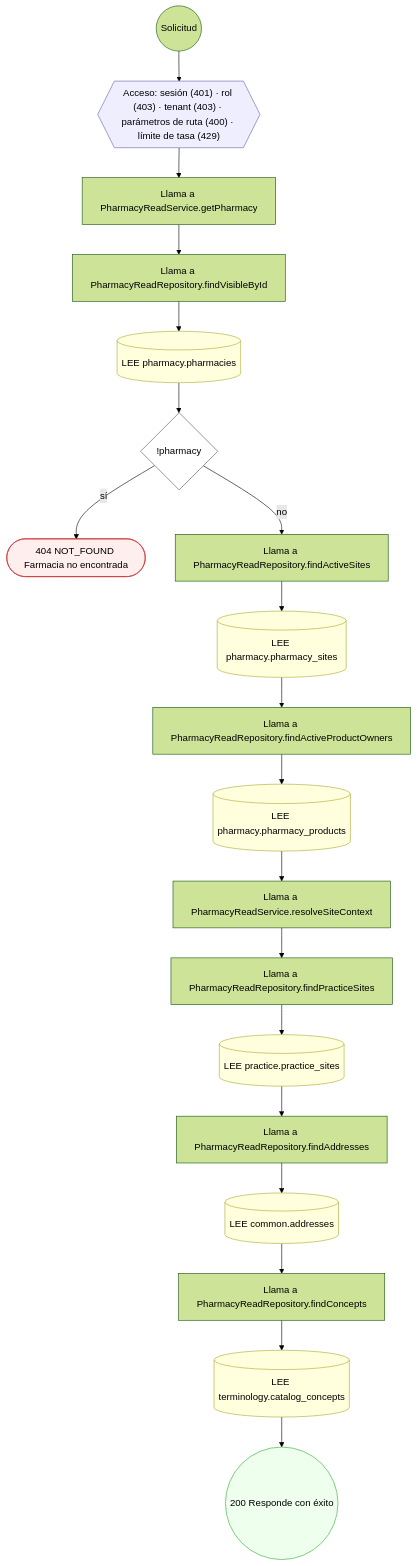
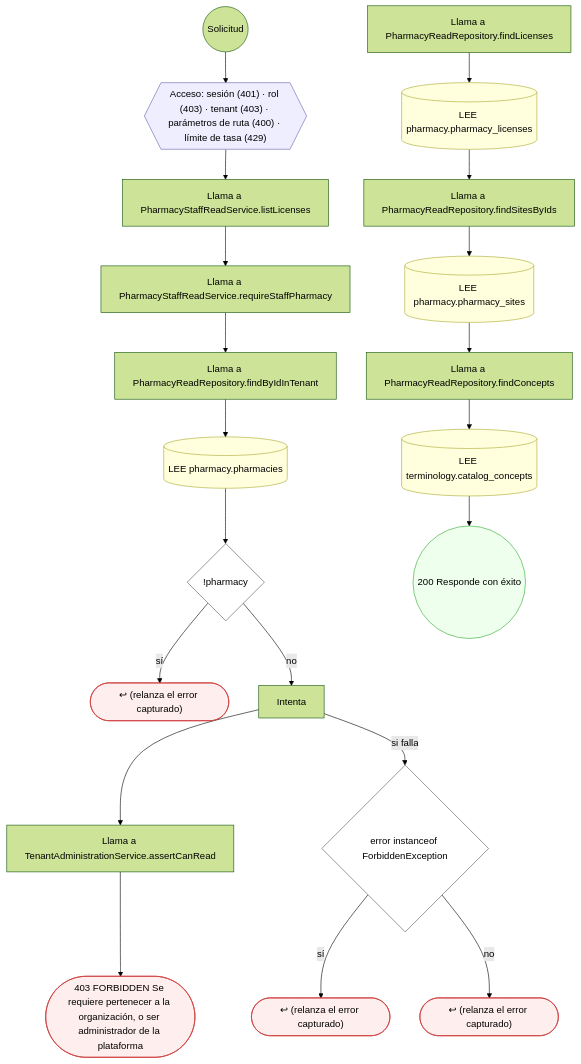
One commit to mdavila-2001/mantra-core-health-api changed diagram 18 of 21 in docs/inventario/flujos/pharmacy.md. Above: the diagram before and after it, drawn with Mermaid (forest theme). The commit also changed other lines of this file and 451 other files, not shown here.

First line of the commit message:
chore(data_catalog): contrato OpenAPI, inventario y pruebas al día con el diseño del #660

````diff
--- a/docs/inventario/flujos/pharmacy.md
+++ b/docs/inventario/flujos/pharmacy.md
@@ -912,46 +1340,49 @@
 ```mermaid
 flowchart TD
   n1(("Solicitud")):::inicio
   n2{{"Acceso: sesión (401) · rol (403) · tenant (403) · parámetros de ruta (400) · límite de tasa (429)"}}:::acceso
   n1 --> n2
-  n3["Llama a PharmacyReadService.getPharmacy"]:::llamada
+  n3["Llama a PharmacyStaffReadService.listLicenses"]:::llamada
   n2 --> n3
-  n4["Llama a PharmacyReadRepository.findVisibleById"]:::llamada
+  n4["Llama a PharmacyStaffReadService.requireStaffPharmacy"]:::llamada
   n3 --> n4
-  n5[("LEE pharmacy.pharmacies")]:::efecto
+  n5["Llama a PharmacyReadRepository.findByIdInTenant"]:::llamada
   n4 --> n5
-  n6{"!pharmacy"}:::decision
+  n6[("LEE pharmacy.pharmacies")]:::efecto
   n5 --> n6
-  n7(["404 NOT_FOUND Farmacia no encontrada"]):::error
-  n6 -->|"sí"| n7
-  n8["Llama a PharmacyReadRepository.findActiveSites"]:::llamada
-  n6 -->|"no"| n8
-  n9[("LEE pharmacy.pharmacy_sites")]:::efecto
-  n8 --> n9
-  n10["Llama a PharmacyReadRepository.findActiveProductOwners"]:::llamada
+  n7{"!pharmacy"}:::decision
+  n6 --> n7
+  n8(["↩ (relanza el error capturado)"]):::error
+  n7 -->|"sí"| n8
+  n9["Intenta"]:::intento
+  n7 -->|"no"| n9
+  n10["Llama a TenantAdministrationService.assertCanRead"]:::llamada
   n9 --> n10
-  n11[("LEE pharmacy.pharmacy_products")]:::efecto
+  n11(["403 FORBIDDEN Se requiere pertenecer a la organización, o ser administrador de la plataforma"]):::error
   n10 --> n11
-  n12["Llama a PharmacyReadService.resolveSiteContext"]:::llamada
-  n11 --> n12
-  n13["Llama a PharmacyReadRepository.findPracticeSites"]:::llamada
-  n12 --> n13
-  n14[("LEE practice.practice_sites")]:::efecto
-  n13 --> n14
-  n15["Llama a PharmacyReadRepository.findAddresses"]:::llamada
-  n14 --> n15
-  n16[("LEE common.addresses")]:::efecto
+  n12{"error instanceof ForbiddenException"}:::decision
+  n9 -->|"si falla"| n12
+  n13(["↩ (relanza el error capturado)"]):::error
+  n12 -->|"sí"| n13
+  n14(["↩ (relanza el error capturado)"]):::error
+  n12 -->|"no"| n14
+  n15["Llama a PharmacyReadRepository.findLicenses"]:::llamada
+  n16[("LEE pharmacy.pharmacy_licenses")]:::efecto
   n15 --> n16
-  n17["Llama a PharmacyReadRepository.findConcepts"]:::llamada
+  n17["Llama a PharmacyReadRepository.findSitesByIds"]:::llamada
   n16 --> n17
-  n18[("LEE terminology.catalog_concepts")]:::efecto
+  n18[("LEE pharmacy.pharmacy_sites")]:::efecto
   n17 --> n18
-  n19(("200 Responde con éxito")):::ok
+  n19["Llama a PharmacyReadRepository.findConcepts"]:::llamada
   n18 --> n19
+  n20[("LEE terminology.catalog_concepts")]:::efecto
+  n19 --> n20
+  n21(("200 Responde con éxito")):::ok
+  n20 --> n21
   classDef acceso fill:#eef,stroke:#66a
   classDef error fill:#fee,stroke:#c33
   classDef ok fill:#efe,stroke:#3a3
   classDef efecto fill:#ffd,stroke:#aa3
   classDef decision fill:#fff,stroke:#555
   classDef corte fill:#eee,stroke:#999,stroke-dasharray: 4
 ```
````
